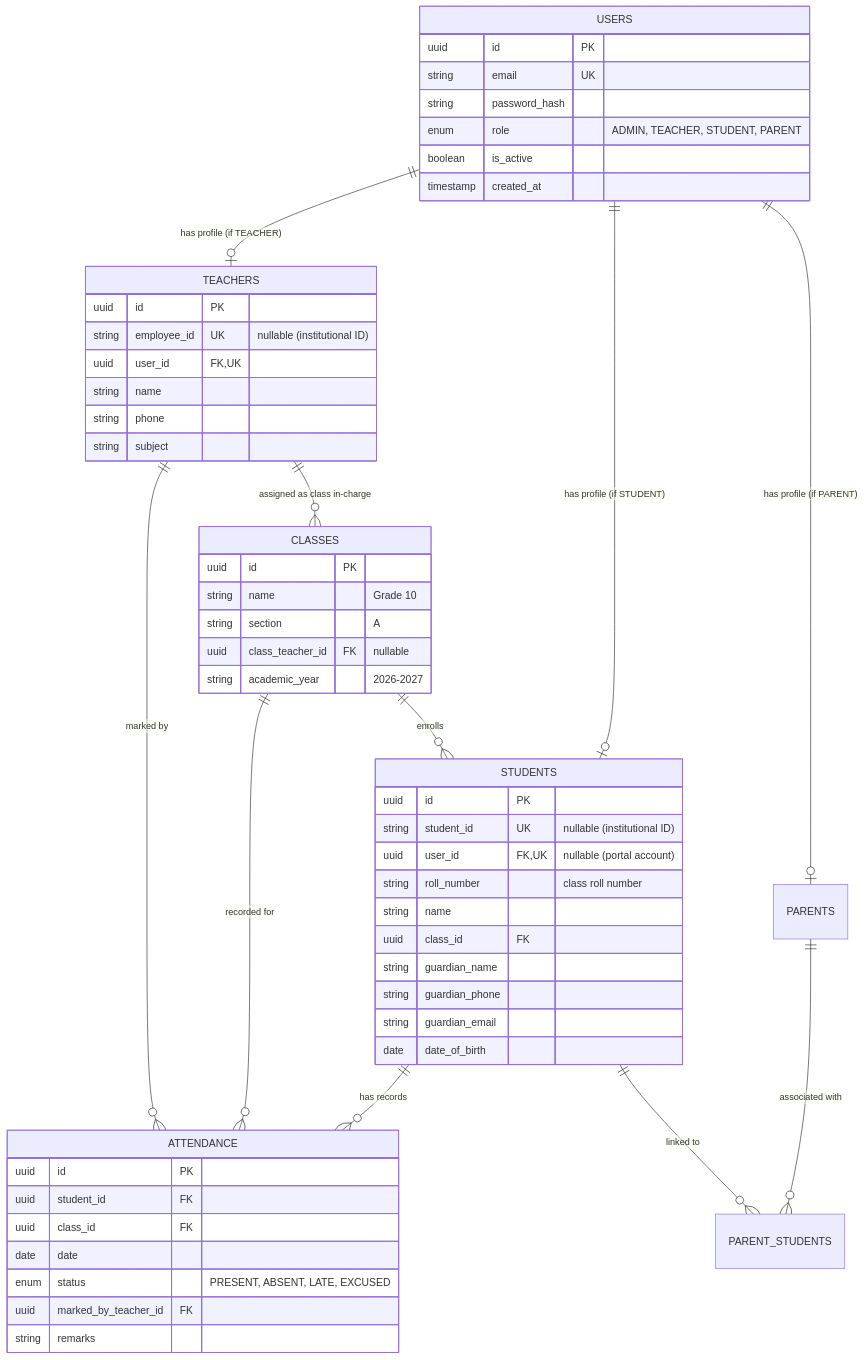
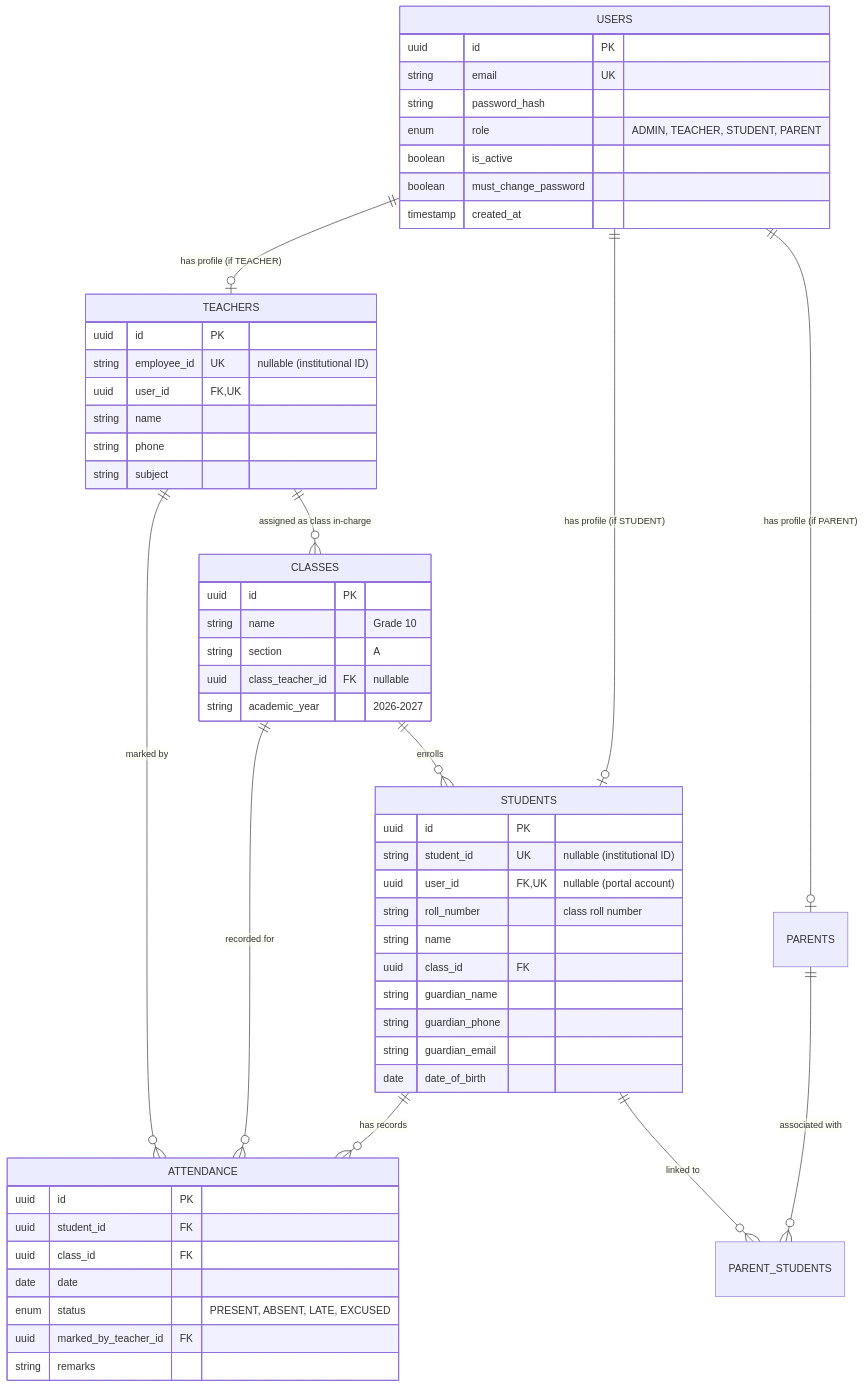
The diagram in README.md (harshpoonia001/School-ERP), drawn with Mermaid before and after one commit. The commit also changed other lines of this file and 3 other files, not shown here.

````diff
--- a/README.md
+++ b/README.md
@@ -118,65 +169,66 @@
 ```mermaid
 erDiagram
     USERS ||--o| TEACHERS : "has profile (if TEACHER)"
     USERS ||--o| STUDENTS : "has profile (if STUDENT)"
     USERS ||--o| PARENTS : "has profile (if PARENT)"
 
     TEACHERS ||--o{ CLASSES : "assigned as class in-charge"
     CLASSES ||--o{ STUDENTS : "enrolls"
 
     STUDENTS ||--o{ ATTENDANCE : "has records"
     CLASSES ||--o{ ATTENDANCE : "recorded for"
     TEACHERS ||--o{ ATTENDANCE : "marked by"
 
     PARENTS ||--o{ PARENT_STUDENTS : "associated with"
     STUDENTS ||--o{ PARENT_STUDENTS : "linked to"
 
     USERS {
         uuid id PK
         string email UK
         string password_hash
         enum role "ADMIN, TEACHER, STUDENT, PARENT"
         boolean is_active
+        boolean must_change_password
         timestamp created_at
     }
 
     TEACHERS {
         uuid id PK
         string employee_id UK "nullable (institutional ID)"
         uuid user_id FK, UK
         string name
         string phone
         string subject
     }
 
     CLASSES {
         uuid id PK
         string name "Grade 10"
         string section "A"
         uuid class_teacher_id FK "nullable"
         string academic_year "2026-2027"
     }
 
     STUDENTS {
         uuid id PK
         string student_id UK "nullable (institutional ID)"
         uuid user_id FK, UK "nullable (portal account)"
         string roll_number "class roll number"
         string name
         uuid class_id FK
         string guardian_name
         string guardian_phone
         string guardian_email
         date date_of_birth
     }
 
     ATTENDANCE {
         uuid id PK
         uuid student_id FK
         uuid class_id FK
         date date
         enum status "PRESENT, ABSENT, LATE, EXCUSED"
         uuid marked_by_teacher_id FK
         string remarks
     }
 ```
````
